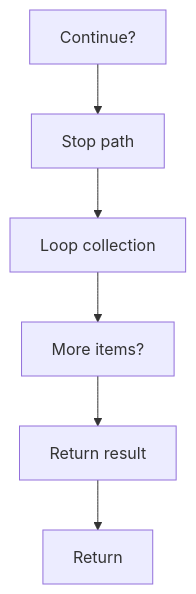
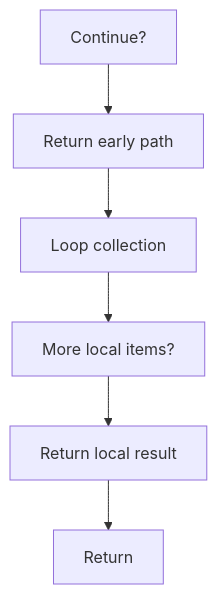
One commit to JohnAndrewBalbarosa/NeoTerritory changed the second of 2 diagrams in docs/Codebase/Microservice/Modules/Source/OutputGeneration/UnitTestGeneration/run_normalize_and_rewrite_pipeline.cpp.md. Above: the diagram before and after it, drawn with Mermaid. The commit also changed other lines of this file and 925 other files, not shown here.

````diff
--- a/docs/Codebase/Microservice/Modules/Source/OutputGeneration/UnitTestGeneration/run_normalize_and_rewrite_pipeline.cpp.md
+++ b/docs/Codebase/Microservice/Modules/Source/OutputGeneration/UnitTestGeneration/run_normalize_and_rewrite_pipeline.cpp.md
@@ -57,14 +57,14 @@
 ```mermaid
 flowchart TD
     N0["Continue?"]
-    N1["Stop path"]
+    N1["Return early path"]
     N2["Loop collection"]
-    N3["More items?"]
-    N4["Return result"]
+    N3["More local items?"]
+    N4["Return local result"]
     N5["Return"]
     N0 --> N1
     N1 --> N2
     N2 --> N3
     N3 --> N4
     N4 --> N5
 ```
````
